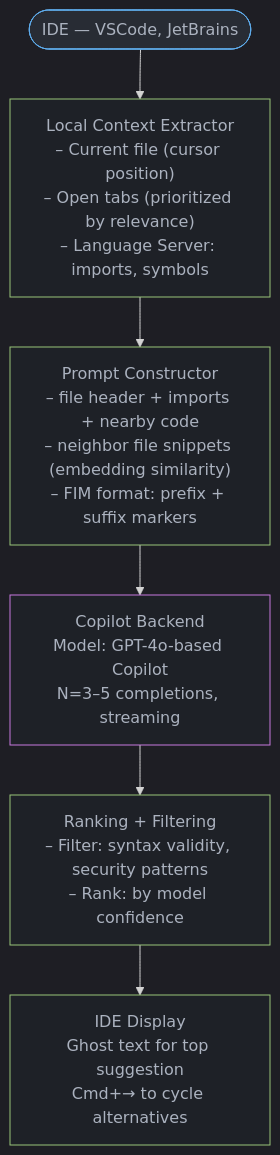
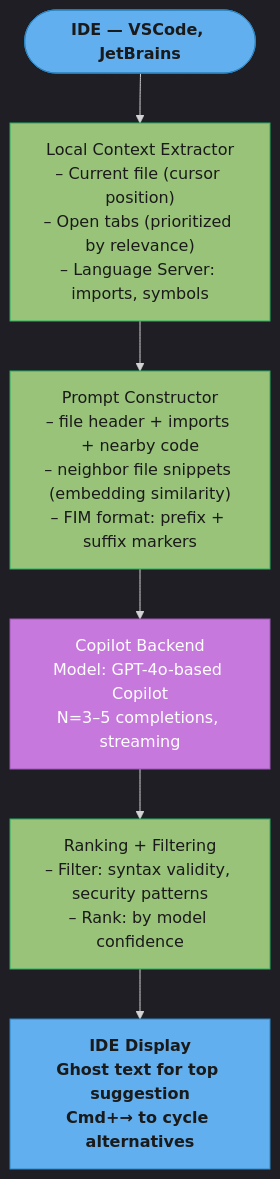
One commit to rppol/system-design changed the first of 2 diagrams in src/main/java/com/rutik/systemdesign/llm/code_generation/README.md. Above: the diagram before and after it, drawn with Mermaid. The commit also changed other lines of this file and 88 other files, not shown here.

````diff
--- a/src/main/java/com/rutik/systemdesign/llm/code_generation/README.md
+++ b/src/main/java/com/rutik/systemdesign/llm/code_generation/README.md
@@ -125,18 +125,22 @@
 ```mermaid
 %%{init: {'flowchart': {'curve': 'basis'}, 'theme': 'dark'}}%%
 flowchart TD
+    classDef io      fill:#61afef,stroke:#2e86c1,color:#1a1a1a,font-weight:bold
+    classDef frozen  fill:#c678dd,stroke:#9b59b6,color:#fff
+    classDef train   fill:#98c379,stroke:#27ae60,color:#1a1a1a
+    classDef mathOp  fill:#d19a66,stroke:#e67e22,color:#1a1a1a,font-weight:bold
+    classDef lossN   fill:#e06c75,stroke:#c0392b,color:#fff,font-weight:bold
+    classDef req     fill:#56b6c2,stroke:#0097a7,color:#1a1a1a
+    classDef base    fill:#e5c07b,stroke:#f39c12,color:#1a1a1a
+
     IDE([IDE — VSCode, JetBrains]) --> CtxExtract
     CtxExtract["Local Context Extractor\n– Current file (cursor position)\n– Open tabs (prioritized by relevance)\n– Language Server: imports, symbols"] --> PromptBuild
     PromptBuild["Prompt Constructor\n– file header + imports + nearby code\n– neighbor file snippets (embedding similarity)\n– FIM format: prefix + suffix markers"] --> Backend
     Backend["Copilot Backend\nModel: GPT-4o-based Copilot\nN=3–5 completions, streaming"] --> Rank
     Rank["Ranking + Filtering\n– Filter: syntax validity, security patterns\n– Rank: by model confidence"] --> Display
     Display["IDE Display\nGhost text for top suggestion\nCmd+→ to cycle alternatives"]
 
-    classDef io     fill:#282c34,stroke:#61afef,color:#abb2bf
-    classDef proc   fill:#1e2127,stroke:#98c379,color:#abb2bf
-    classDef llm    fill:#1e2127,stroke:#c678dd,color:#abb2bf
-
-    class IDE io
-    class CtxExtract,PromptBuild,Rank,Display proc
-    class Backend llm
+    class IDE,Display io
+    class CtxExtract,PromptBuild,Rank train
+    class Backend frozen
 ```
````
